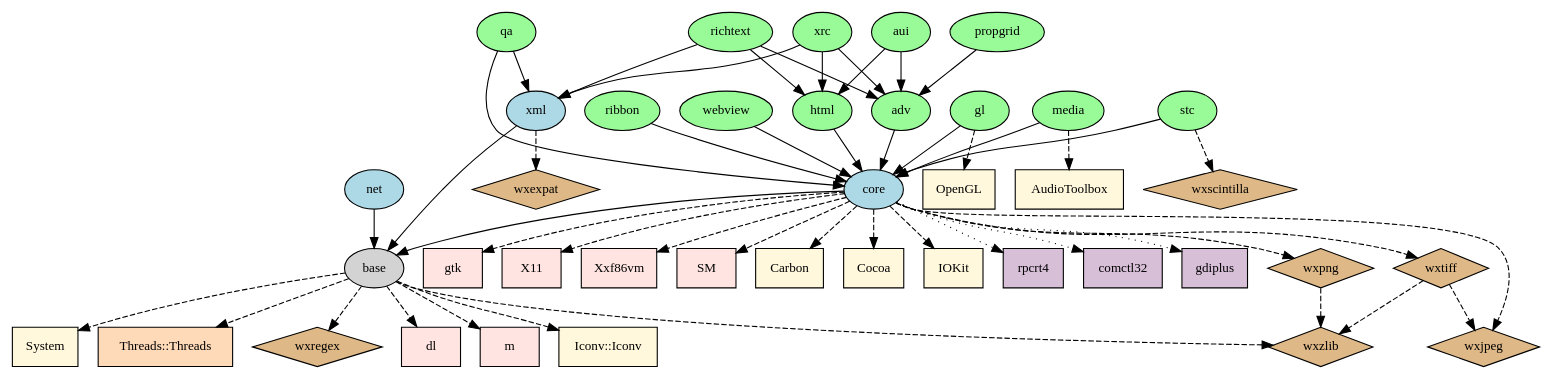
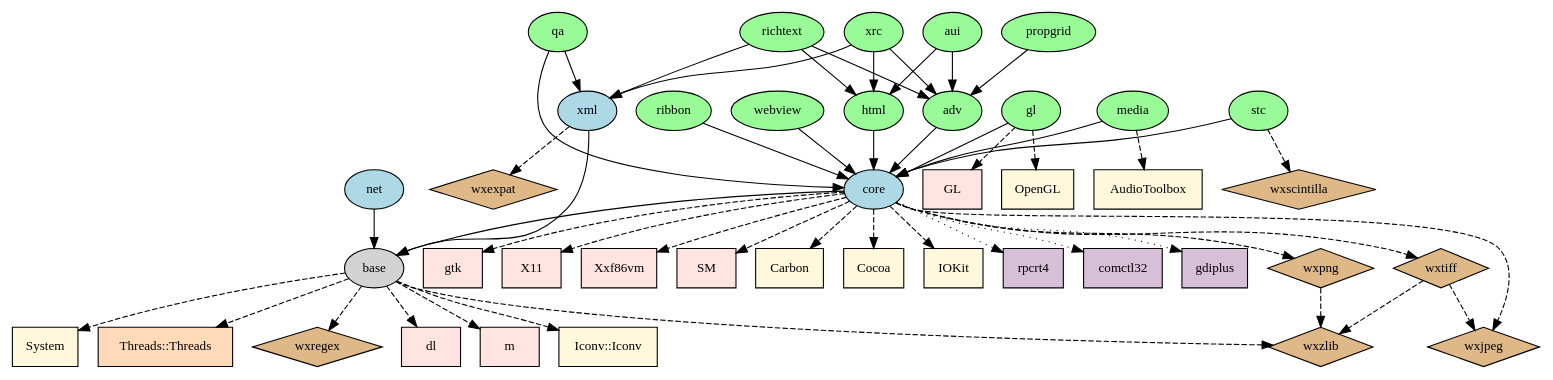
Before and after one commit to externpro/wxcmake: the diagram in graph.dot, drawn with Graphviz. The commit also changed 1 other file, not shown here.

Commit message:
wx lib dependency graph updated (wxGL depends on GL on Linux)
dot -Tpng graph.dot -o graph.png

```diff
--- a/graph.dot
+++ b/graph.dot
@@ -1,108 +1,110 @@
 digraph GG {
   node [fontsize=12];
   # https://docs.wxwidgets.org/3.1.0/page_libs.html
   ##########
   # all lightblue libraries depend on base: non-gui libraries
   "base" [shape=oval, style=filled, fillcolor=lightgrey];
   "core" [shape=oval, style=filled, fillcolor=lightblue];
   "net" [shape=oval, style=filled, fillcolor=lightblue];
   "xml" [shape=oval, style=filled, fillcolor=lightblue];
   ##########
   # all palegreen libraries depend on core: gui libraries
   "adv" [shape=oval, style=filled, fillcolor=palegreen];
   "aui" [shape=oval, style=filled, fillcolor=palegreen];
   "gl" [shape=oval, style=filled, fillcolor=palegreen];
   "html" [shape=oval, style=filled, fillcolor=palegreen];
   "media" [shape=oval, style=filled, fillcolor=palegreen];
   "propgrid" [shape=oval, style=filled, fillcolor=palegreen];
   "qa" [shape=oval, style=filled, fillcolor=palegreen];
   "ribbon" [shape=oval, style=filled, fillcolor=palegreen];
   "richtext" [shape=oval, style=filled, fillcolor=palegreen];
   "stc" [shape=oval, style=filled, fillcolor=palegreen];
   "webview" [shape=oval, style=filled, fillcolor=palegreen];
   "xrc" [shape=oval, style=filled, fillcolor=palegreen];
   ##########
   # burlywood: wx-external libraries
   "wxexpat" [shape=diamond, style=filled, fillcolor=burlywood];
   "wxjpeg" [shape=diamond, style=filled, fillcolor=burlywood];
   "wxpng" [shape=diamond, style=filled, fillcolor=burlywood];
   "wxregex" [shape=diamond, style=filled, fillcolor=burlywood];
   "wxscintilla" [shape=diamond, style=filled, fillcolor=burlywood];
   "wxtiff" [shape=diamond, style=filled, fillcolor=burlywood];
   "wxzlib" [shape=diamond, style=filled, fillcolor=burlywood];
   ##########
   # mistyrose: linux system libraries
   "dl" [shape=box, style=filled, fillcolor=mistyrose];
   "m" [shape=box, style=filled, fillcolor=mistyrose];
+  "GL" [shape=box, style=filled, fillcolor=mistyrose];
   "gtk" [shape=box, style=filled, fillcolor=mistyrose];
   "X11" [shape=box, style=filled, fillcolor=mistyrose];
   "Xxf86vm" [shape=box, style=filled, fillcolor=mistyrose];
   "SM" [shape=box, style=filled, fillcolor=mistyrose];
   ##########
   # cornsilk: darwin system libraries
   "Iconv::Iconv" [shape=box, style=filled, fillcolor=cornsilk];
   "Carbon" [shape=box, style=filled, fillcolor=cornsilk];
   "Cocoa" [shape=box, style=filled, fillcolor=cornsilk];
   "IOKit" [shape=box, style=filled, fillcolor=cornsilk];
   "System" [shape=box, style=filled, fillcolor=cornsilk];
   "AudioToolbox" [shape=box, style=filled, fillcolor=cornsilk];
   "OpenGL" [shape=box, style=filled, fillcolor=cornsilk];
   ##########
   # peachpuff: linux/darwin system libraries
   "Threads::Threads" [shape=box, style=filled, fillcolor=peachpuff];
   ##########
   # thistle: msw system libraries
   "rpcrt4" [shape=box, style=filled, fillcolor=thistle];
   "comctl32" [shape=box, style=filled, fillcolor=thistle];
   "gdiplus" [shape=box, style=filled, fillcolor=thistle];
   ##########
   # dashed lines: private/link dependency
   "adv" -> "core";
   "aui" -> "adv";
   "aui" -> "html";
   "base" -> "wxregex" [style=dashed];
   "base" -> "wxzlib" [style=dashed];
   "base" -> "Threads::Threads" [style=dashed];
   "base" -> "dl" [style=dashed];
   "base" -> "m" [style=dashed];
   "base" -> "Iconv::Iconv" [style=dashed];
   "base" -> "System" [style=dashed];
   "core" -> "base";
   "core" -> "wxjpeg" [style=dashed];
   "core" -> "wxpng" [style=dashed];
   "core" -> "wxtiff" [style=dashed];
   "core" -> "gtk" [style=dashed];
   "core" -> "X11" [style=dashed];
   "core" -> "Xxf86vm" [style=dashed];
   "core" -> "SM" [style=dashed];
   "core" -> "Carbon" [style=dashed];
   "core" -> "Cocoa" [style=dashed];
   "core" -> "IOKit" [style=dashed];
   "core" -> "rpcrt4" [style=dotted];
   "core" -> "comctl32" [style=dotted];
   "core" -> "gdiplus" [style=dotted];
   "gl" -> "core";
   "gl" -> "OpenGL" [style=dashed];
+  "gl" -> "GL" [style=dashed];
   "html" -> "core";
   "media" -> "core";
   "media" -> "AudioToolbox" [style=dashed];
   "net" -> "base";
   "propgrid" -> "adv";
   "qa" -> "core";
   "qa" -> "xml";
   "ribbon" -> "core";
   "richtext" -> "adv";
   "richtext" -> "html";
   "richtext" -> "xml";
   "stc" -> "core";
   "stc" -> "wxscintilla" [style=dashed];
   "webview" -> "core";
   "xml" -> "base";
   "xml" -> "wxexpat" [style=dashed];
   "xrc" -> "adv";
   "xrc" -> "html";
   "xrc" -> "xml";
   "wxpng" -> "wxzlib" [style=dashed];
   "wxtiff" -> "wxjpeg" [style=dashed];
   "wxtiff" -> "wxzlib" [style=dashed];
 }
```
